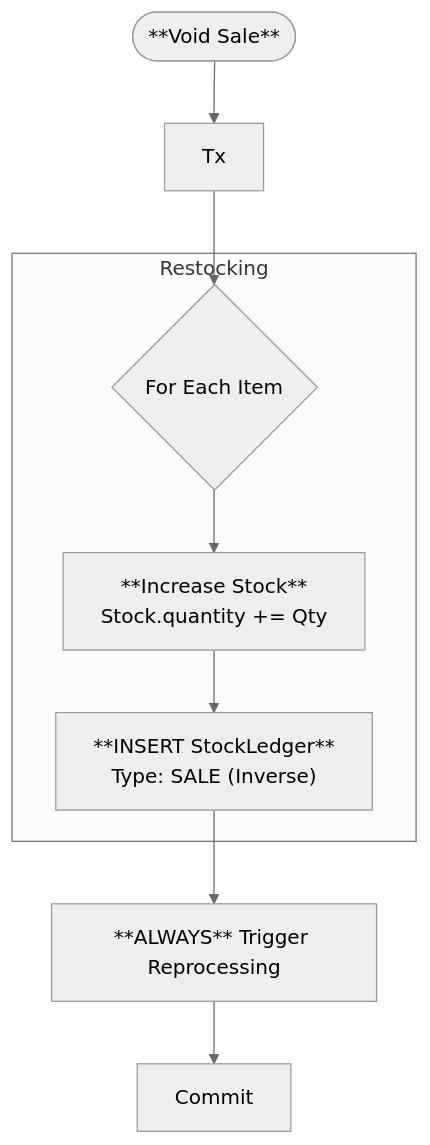
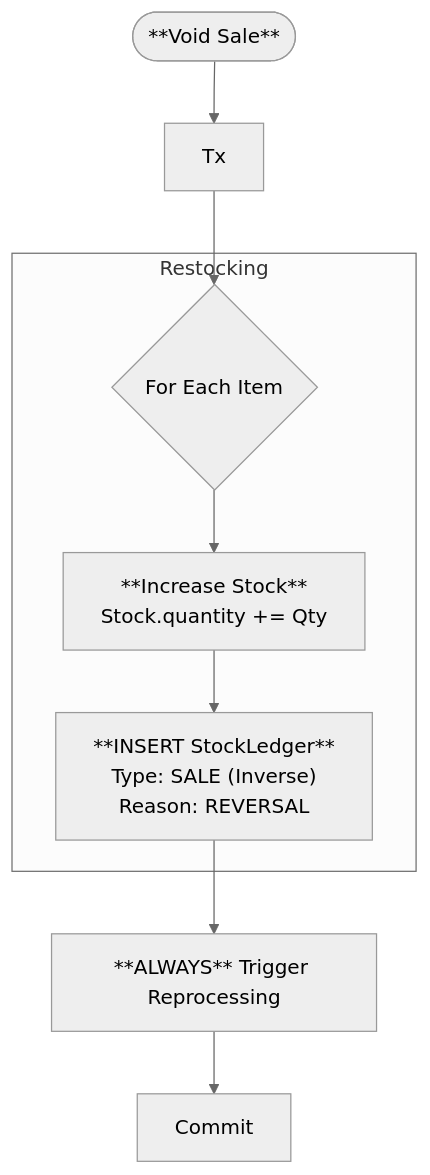
The seventh of 8 diagrams in docs/services/document-sale-methods.md (joldibaev/trade3-nestjs), drawn with Mermaid (neutral theme) before and after one commit. The commit also changed 22 other files, not shown here.

Commit message:
feat: stock ledger is append-only

````diff
--- a/docs/services/document-sale-methods.md
+++ b/docs/services/document-sale-methods.md
@@ -104,14 +104,14 @@
 ```mermaid
 flowchart TD
     Start(["**Void Sale**"]) --> Tx
     
     Tx --> Loop{For Each Item}
     
     subgraph "Restocking"
         Loop --> Incr["**Increase Stock**<br/>Stock.quantity += Qty"]
-        Incr --> Ledger["**INSERT StockLedger**<br/>Type: SALE (Inverse)"]
+        Incr --> Ledger["**INSERT StockLedger**<br/>Type: SALE (Inverse)<br/>Reason: REVERSAL"]
     end
     
     Ledger --> Job[**ALWAYS** Trigger Reprocessing]
     Job --> Commit
 ```
````
